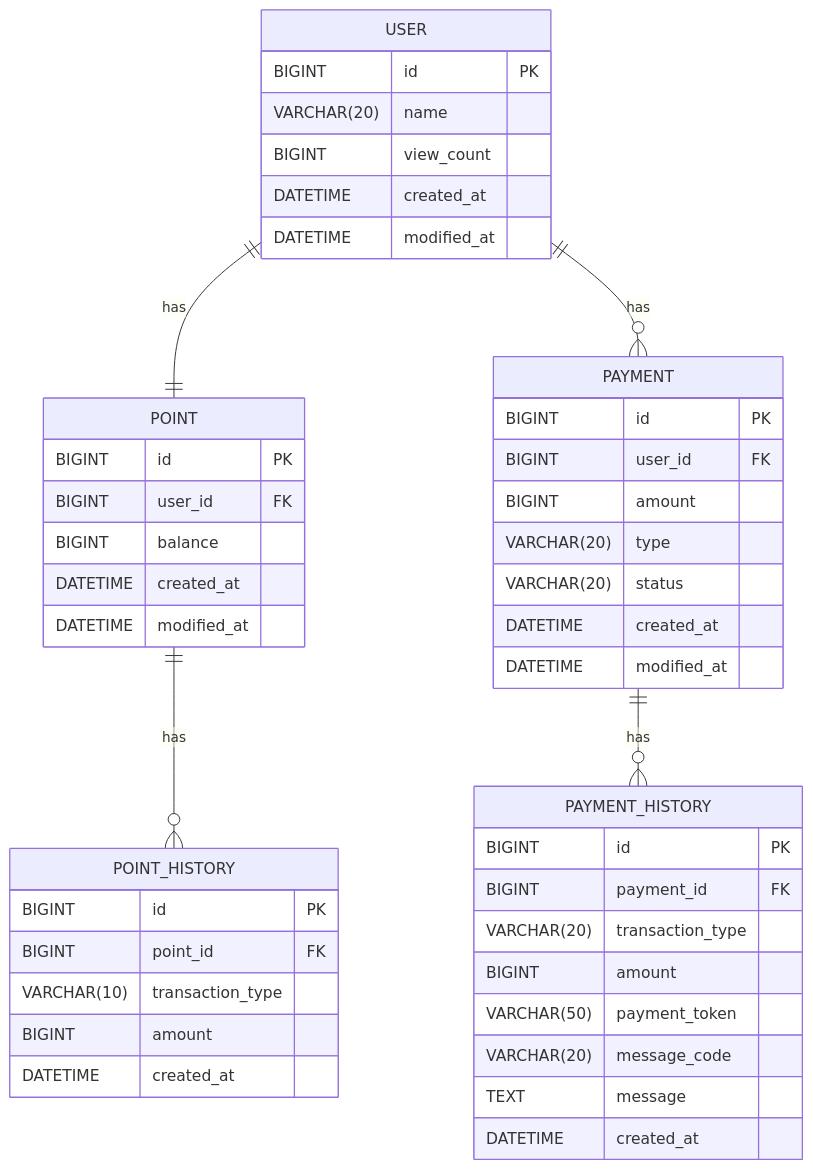
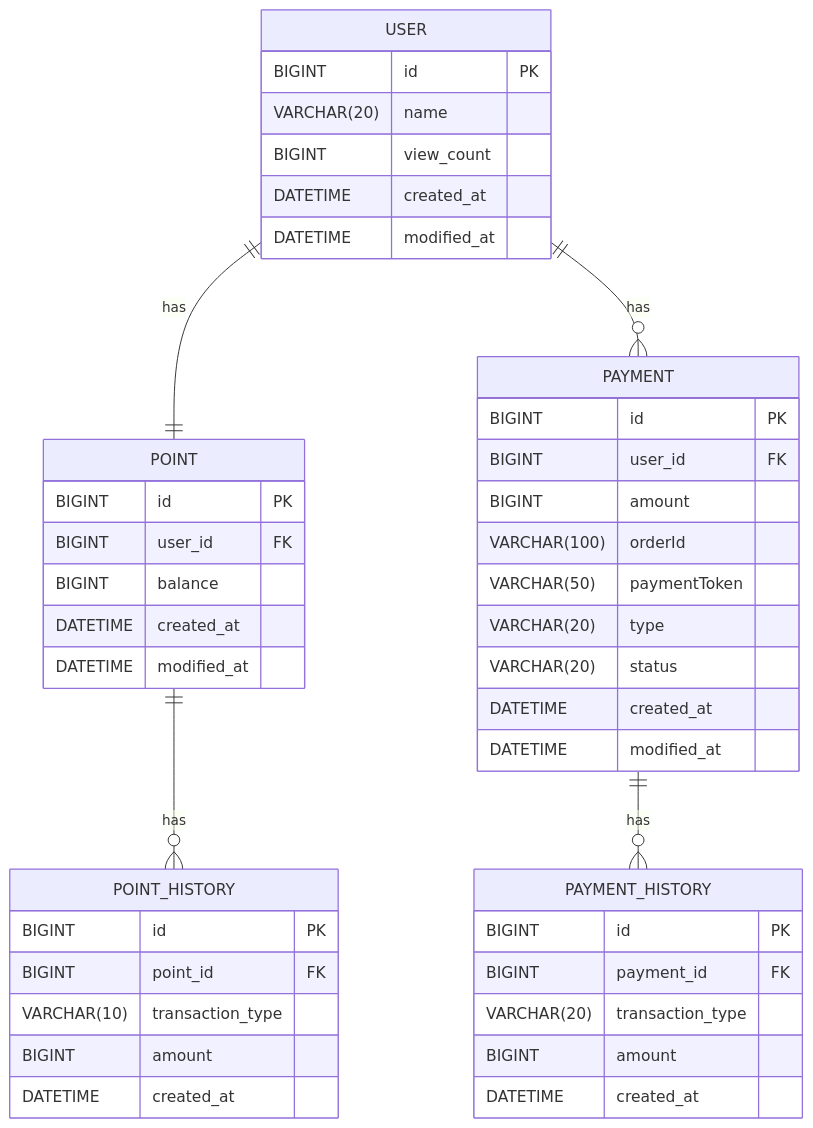
Before and after one commit to geonyeop123/pointly: the diagram in docs/erd.md, drawn with Mermaid. The commit also changed 2 other files, not shown here.

Commit message:
docs : 문서 최신화

````diff
--- a/docs/erd.md
+++ b/docs/erd.md
@@ -10,53 +10,52 @@
 ```mermaid
 erDiagram
     USER ||--|| POINT : has
     USER ||--o{ PAYMENT : has
 		POINT ||--o{ POINT_HISTORY : has
     PAYMENT ||--o{ PAYMENT_HISTORY : has
 
     USER {
         BIGINT id PK
         VARCHAR(20) name
         BIGINT view_count
         DATETIME created_at
         DATETIME modified_at
     }
 
     POINT {
         BIGINT id PK
         BIGINT user_id FK
         BIGINT balance
         DATETIME created_at
         DATETIME modified_at
     }
 
     POINT_HISTORY {
         BIGINT id PK
         BIGINT point_id FK
         VARCHAR(10) transaction_type
         BIGINT amount
         DATETIME created_at
     }
 
     PAYMENT {
         BIGINT id PK
         BIGINT user_id FK
         BIGINT amount
+        VARCHAR(100) orderId
+        VARCHAR(50) paymentToken
         VARCHAR(20) type
         VARCHAR(20) status
         DATETIME created_at
         DATETIME modified_at
     }
 
     PAYMENT_HISTORY {
         BIGINT id PK
         BIGINT payment_id FK
         VARCHAR(20) transaction_type
         BIGINT amount
-        VARCHAR(50) payment_token
-        VARCHAR(20) message_code
-        TEXT message
         DATETIME created_at
     }
 
 ```
````
